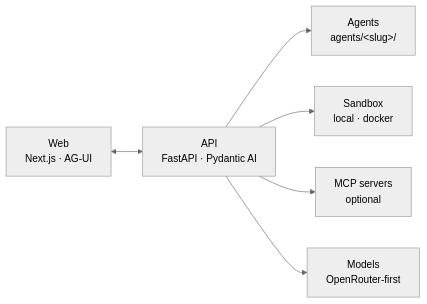
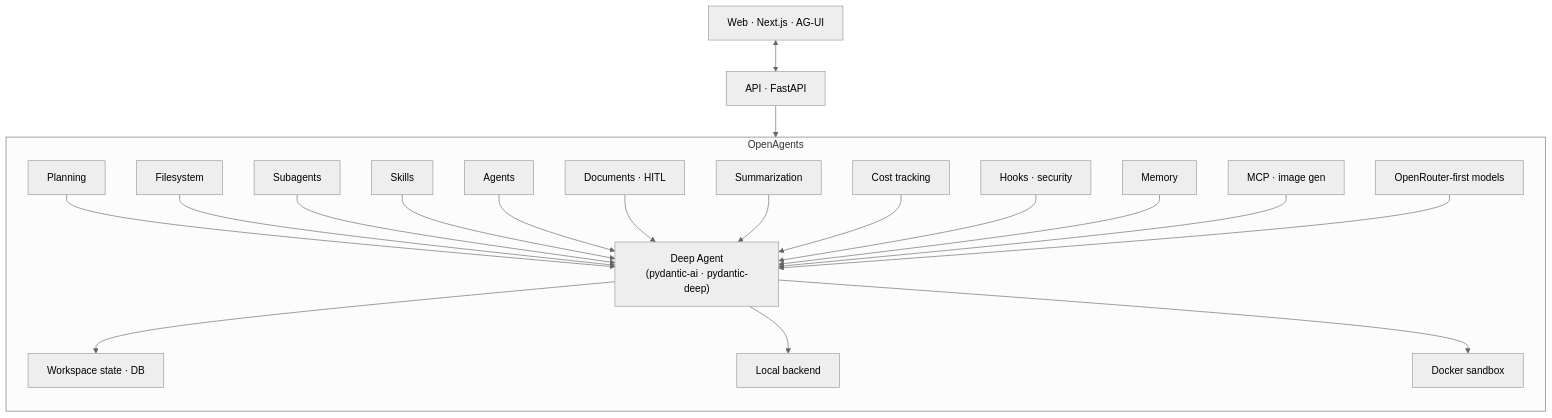
Before and after one commit to shahabPourazadi/openagents: the diagram in README.md, drawn with Mermaid (neutral theme). The commit also changed other lines of this file and 3 other files, not shown here.

Commit message:
Revise architecture documentation by replacing the SVG diagram with a Mermaid block in the README for better integration. Update contributing guidelines to reflect the new documentation structure and remove references to the deleted SVG file.

````diff
--- a/README.md
+++ b/README.md
@@ -15,15 +15,39 @@
 ```mermaid
-flowchart LR
-  Web["Web<br/>Next.js · AG-UI"]
-  API["API<br/>FastAPI · Pydantic AI"]
-  Agents["Agents<br/>agents/&lt;slug&gt;/"]
-  Sandbox["Sandbox<br/>local · docker"]
-  MCP["MCP servers<br/>optional"]
-  Models["Models<br/>OpenRouter-first"]
+flowchart TB
+  Web["Web · Next.js · AG-UI"]
+  API["API · FastAPI"]
+  Web <--> API
 
-  Web <--> API
-  API --> Agents
-  API --> Sandbox
-  API --> MCP
-  API --> Models
+  subgraph OA["OpenAgents"]
+    direction TB
+
+    Plan["Planning"]
+    FS["Filesystem"]
+    Sub["Subagents"]
+    Skills["Skills"]
+    Agents["Agents"]
+    Docs["Documents · HITL"]
+
+    Plan --> Deep
+    FS --> Deep
+    Sub --> Deep
+    Skills --> Deep
+    Agents --> Deep
+    Docs --> Deep
+
+    Sum["Summarization"] --> Deep
+    Cost["Cost tracking"] --> Deep
+    Hooks["Hooks · security"] --> Deep
+    Mem["Memory"] --> Deep
+    MCP["MCP · image gen"] --> Deep
+    Models["OpenRouter-first models"] --> Deep
+
+    Deep["Deep Agent<br/>(pydantic-ai · pydantic-deep)"]
+
+    Deep --> State["Workspace state · DB"]
+    Deep --> Local["Local backend"]
+    Deep --> Docker["Docker sandbox"]
+  end
+
+  API --> Deep
 ```
````
